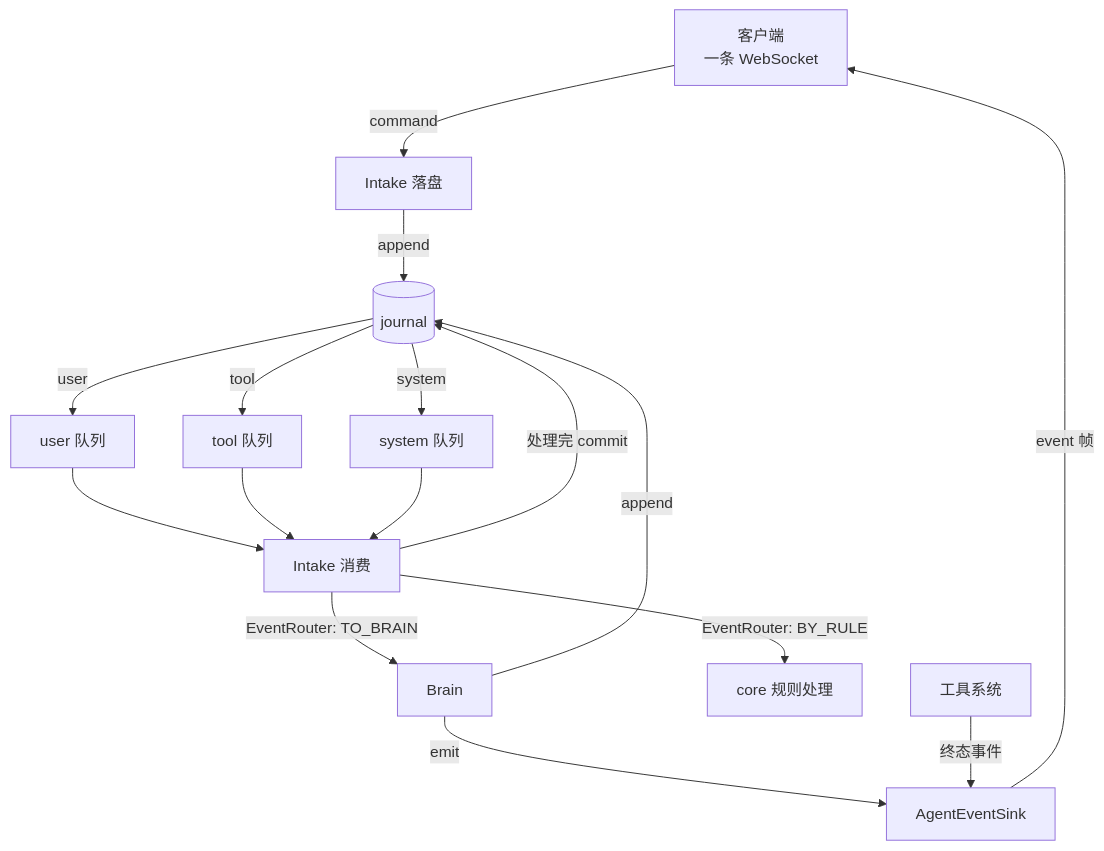
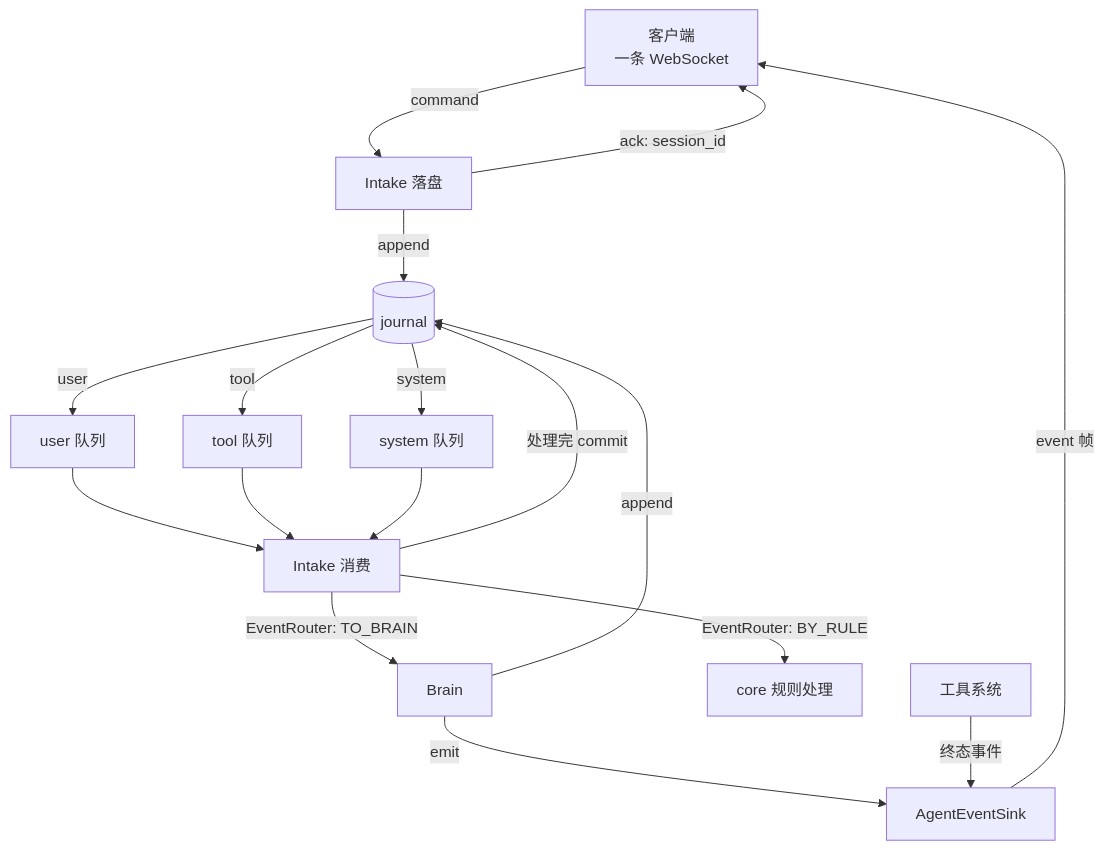
Before and after one commit to HymioSpace/Oath: the diagram in spec/feature-event-runtime.md, drawn with Mermaid. The commit also changed other lines of this file and 2 other files, not shown here.

First line of the commit message:
fix(event-runtime): ack 保留为应用层回执

````diff
--- a/spec/feature-event-runtime.md
+++ b/spec/feature-event-runtime.md
@@ -34,18 +34,19 @@
 ```mermaid
 flowchart TD
     Client[客户端<br/>一条 WebSocket] -->|command| Intake[Intake 落盘]
     Intake -->|append| Journal[(journal)]
+    Intake -->|ack: session_id| Client
 
     Journal -->|user| FeedUser[user 队列]
     Journal -->|tool| FeedTool[tool 队列]
     Journal -->|system| FeedSystem[system 队列]
     FeedUser & FeedTool & FeedSystem --> Poll[Intake 消费]
     Poll -->|EventRouter: TO_BRAIN| Brain[Brain]
     Poll -->|EventRouter: BY_RULE| Rule[core 规则处理]
     Poll -->|处理完 commit| Journal
 
     Brain -->|append| Journal
     Brain -->|emit| Sink[AgentEventSink]
     ToolSystem[工具系统] -->|终态事件| Sink
     Sink -->|event 帧| Client
 ```
````
